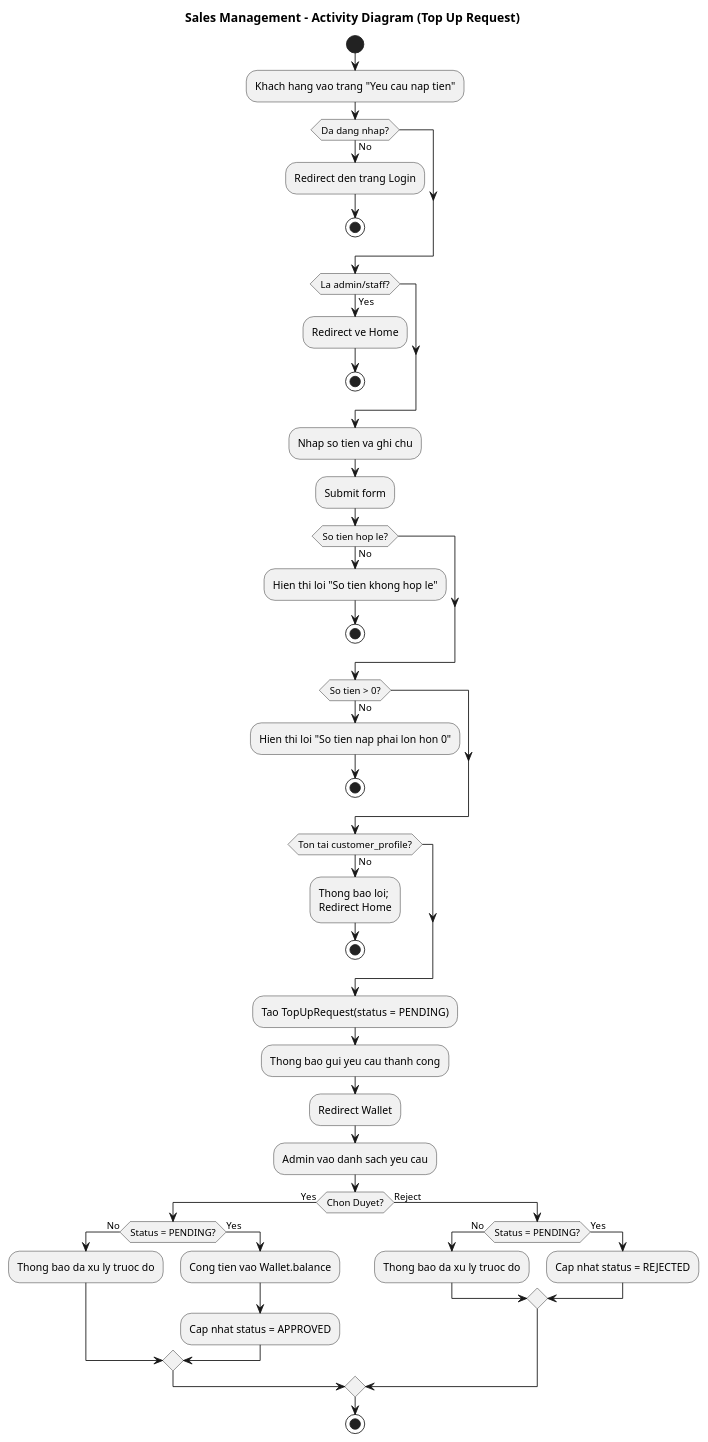
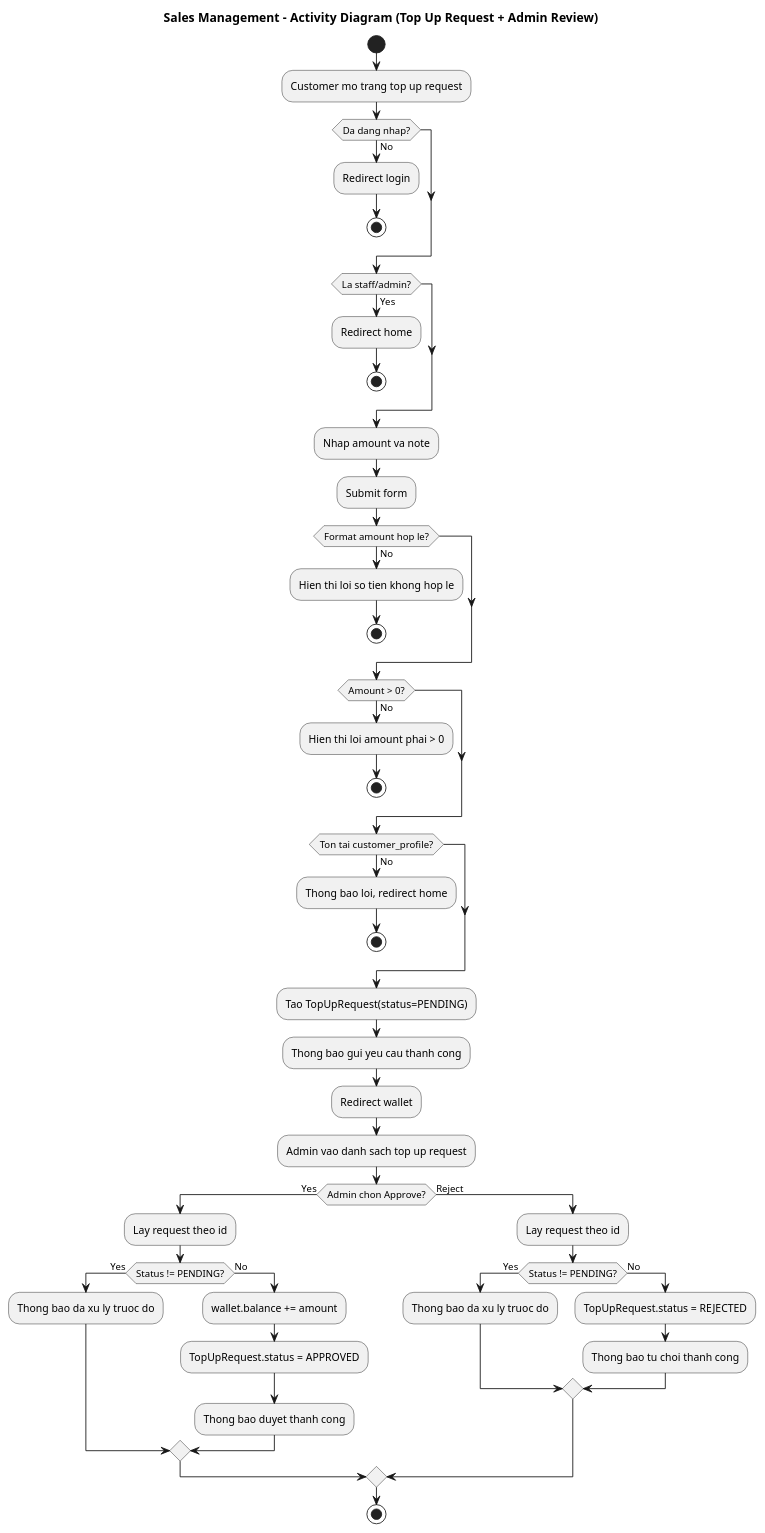
The diagram in docs/uml/activity_diagram_topup.puml (ducAnhNotEm/QuanLyBanHang), drawn with PlantUML before and after one commit. The commit also changed 14 other files, not shown here.

Commit message:
update diagrams and add product create page

```diff
--- a/docs/uml/activity_diagram_topup.puml
+++ b/docs/uml/activity_diagram_topup.puml
@@ -1,56 +1,60 @@
 @startuml
-title Sales Management - Activity Diagram (Top Up Request)
+title Sales Management - Activity Diagram (Top Up Request + Admin Review)
 
 start
-:Khach hang vao trang "Yeu cau nap tien";
+:Customer mo trang top up request;
 
 if (Da dang nhap?) then (No)
-  :Redirect den trang Login;
+  :Redirect login;
   stop
 endif
 
-if (La admin/staff?) then (Yes)
-  :Redirect ve Home;
+if (La staff/admin?) then (Yes)
+  :Redirect home;
   stop
 endif
 
-:Nhap so tien va ghi chu;
+:Nhap amount va note;
 :Submit form;
 
-if (So tien hop le?) then (No)
-  :Hien thi loi "So tien khong hop le";
+if (Format amount hop le?) then (No)
+  :Hien thi loi so tien khong hop le;
   stop
 endif
 
-if (So tien > 0?) then (No)
-  :Hien thi loi "So tien nap phai lon hon 0";
+if (Amount > 0?) then (No)
+  :Hien thi loi amount phai > 0;
   stop
 endif
 
 if (Ton tai customer_profile?) then (No)
-  :Thong bao loi;\nRedirect Home;
+  :Thong bao loi, redirect home;
   stop
 endif
 
-:Tao TopUpRequest(status = PENDING);
+:Tao TopUpRequest(status=PENDING);
 :Thong bao gui yeu cau thanh cong;
-:Redirect Wallet;
+:Redirect wallet;
 
-:Admin vao danh sach yeu cau;
-if (Chon Duyet?) then (Yes)
-  if (Status = PENDING?) then (No)
+:Admin vao danh sach top up request;
+
+if (Admin chon Approve?) then (Yes)
+  :Lay request theo id;
+  if (Status != PENDING?) then (Yes)
     :Thong bao da xu ly truoc do;
-  else (Yes)
-    :Cong tien vao Wallet.balance;
-    :Cap nhat status = APPROVED;
+  else (No)
+    :wallet.balance += amount;
+    :TopUpRequest.status = APPROVED;
+    :Thong bao duyet thanh cong;
   endif
 else (Reject)
-  if (Status = PENDING?) then (No)
+  :Lay request theo id;
+  if (Status != PENDING?) then (Yes)
     :Thong bao da xu ly truoc do;
-  else (Yes)
-    :Cap nhat status = REJECTED;
+  else (No)
+    :TopUpRequest.status = REJECTED;
+    :Thong bao tu choi thanh cong;
   endif
 endif
-
 stop
 @enduml
```
